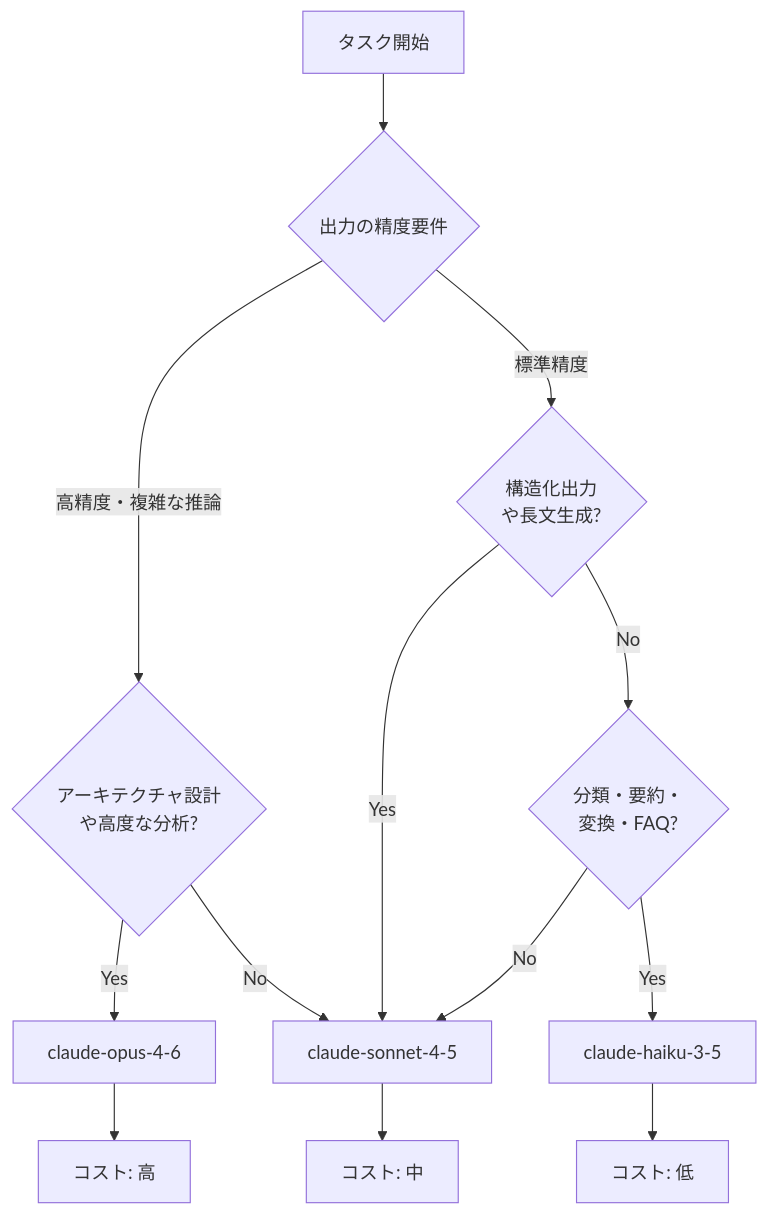
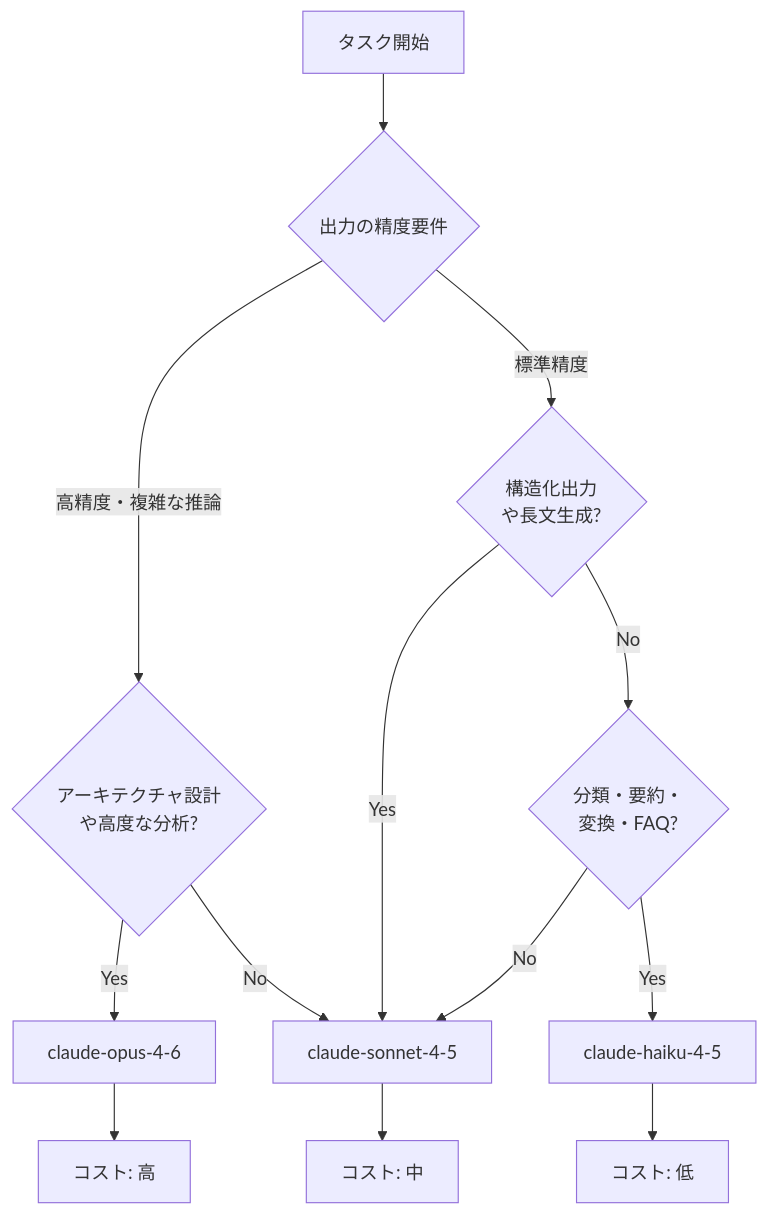
Before and after one commit to correlate000/public-zenn-docs: the diagram in articles/anthropic-api-cost-optimizer.md, drawn with Mermaid. The commit also changed other lines of this file and 5 other files, not shown here.

````diff
--- a/articles/anthropic-api-cost-optimizer.md
+++ b/articles/anthropic-api-cost-optimizer.md
@@ -152,15 +152,15 @@
 ```mermaid
 flowchart TD
     A[タスク開始] --> B{出力の精度要件}
     B -->|高精度・複雑な推論| C{アーキテクチャ設計\nや高度な分析?}
     C -->|Yes| D[claude-opus-4-6]
     C -->|No| E[claude-sonnet-4-5]
     B -->|標準精度| F{構造化出力\nや長文生成?}
     F -->|Yes| E
     F -->|No| G{分類・要約・\n変換・FAQ?}
-    G -->|Yes| H[claude-haiku-3-5]
+    G -->|Yes| H[claude-haiku-4-5]
     G -->|No| E
     D --> I[コスト: 高]
     E --> J[コスト: 中]
     H --> K[コスト: 低]
 ```
````
